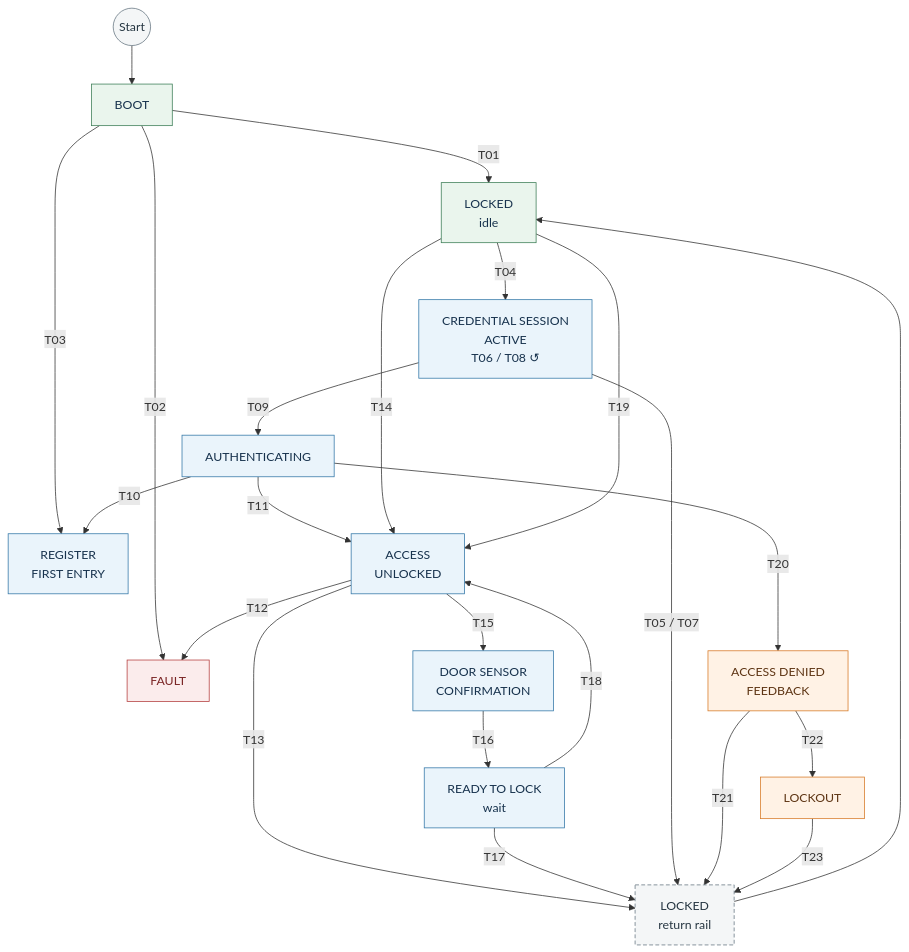
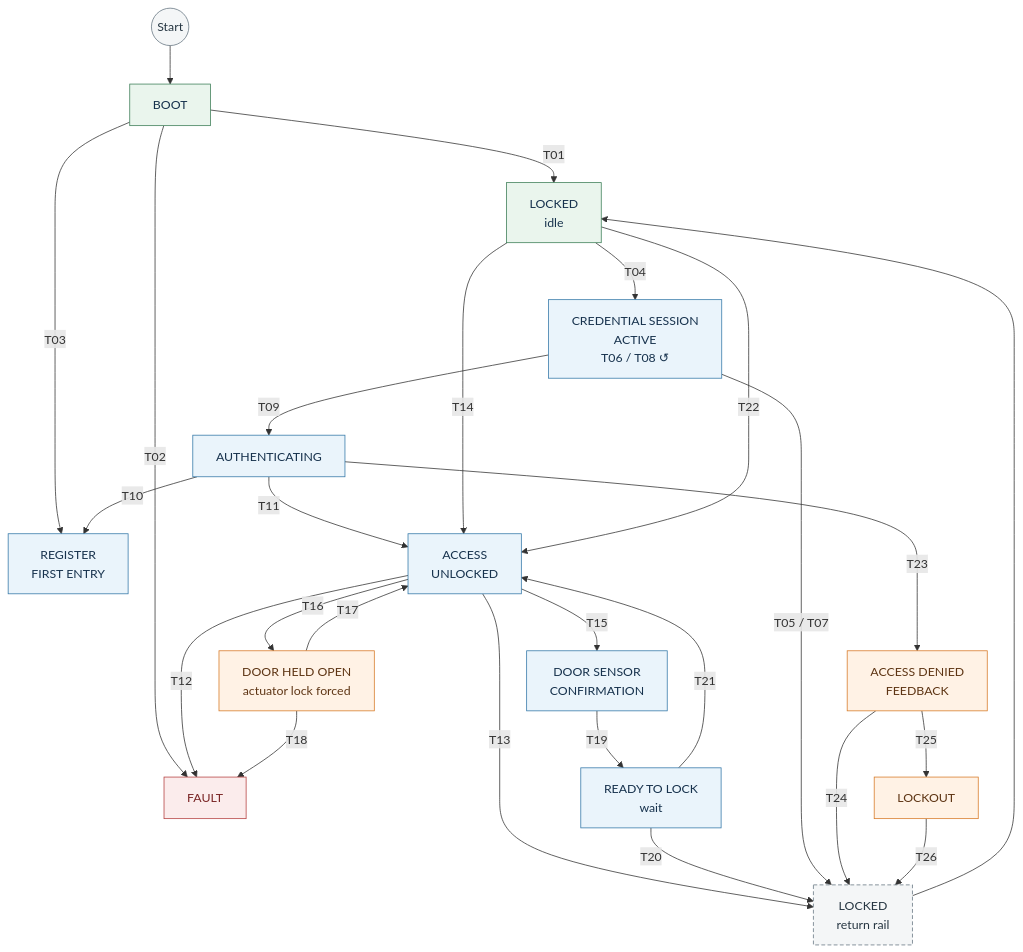
The second of 8 diagrams in Libs/Services/Lock_Control/README.md (JP-REY/STM32F103C8T6-Based-Electronic-Lock), drawn with Mermaid before and after one commit. The commit also changed other lines of this file and 2 other files, not shown here.

First line of the commit message:
feature(lock-control): add door-held-open recovery flow

````diff
--- a/Libs/Services/Lock_Control/README.md
+++ b/Libs/Services/Lock_Control/README.md
@@ -507,51 +524,55 @@
 ```mermaid
 flowchart TB
     START((Start)) --> BOOT["BOOT"]
 
     BOOT -->|T01| LOCKED["LOCKED<br/>idle"]
     BOOT -->|T02| FAULT["FAULT"]
     BOOT -->|T03| FIRST["REGISTER<br/>FIRST ENTRY"]
 
     LOCKED -->|T04| ENTRY["CREDENTIAL SESSION<br/>ACTIVE<br/>T06 / T08 ↺"]
     ENTRY -->|T09| AUTH["AUTHENTICATING"]
 
     AUTH -->|T10| FIRST
     AUTH -->|T11| ACCESS["ACCESS<br/>UNLOCKED"]
 
     LOCKED -->|T14| ACCESS
 
     ACCESS -->|T15| CONFIRM["DOOR SENSOR<br/>CONFIRMATION"]
+    ACCESS -->|T16| HELD["DOOR HELD OPEN<br/>actuator lock forced"]
     ACCESS -->|T12| FAULT
     ACCESS -->|T13| RETURN["LOCKED<br/>return rail"]
 
-    CONFIRM -->|T16| READY["READY TO LOCK<br/>wait"]
+    HELD -->|T17| ACCESS
+    HELD -->|T18| FAULT
 
-    READY -->|T17| RETURN
-    READY -->|T18| ACCESS
+    CONFIRM -->|T19| READY["READY TO LOCK<br/>wait"]
 
-    LOCKED -->|T19| ACCESS
+    READY -->|T20| RETURN
+    READY -->|T21| ACCESS
 
-    AUTH -->|T20| DENIED["ACCESS DENIED<br/>FEEDBACK"]
+    LOCKED -->|T22| ACCESS
+
+    AUTH -->|T23| DENIED["ACCESS DENIED<br/>FEEDBACK"]
 
     ENTRY -->|"T05 / T07"| RETURN
 
-    DENIED -->|T21| RETURN
-    DENIED -->|T22| LOCKOUT["LOCKOUT"]
-    LOCKOUT -->|T23| RETURN
+    DENIED -->|T24| RETURN
+    DENIED -->|T25| LOCKOUT["LOCKOUT"]
+    LOCKOUT -->|T26| RETURN
 
     RETURN --> LOCKED
 
     classDef initial fill:#f4f6f7,stroke:#667681,color:#263642
     classDef secure fill:#eaf5ed,stroke:#3d7e57,color:#17324d
     classDef active fill:#eaf4fb,stroke:#3478a8,color:#17324d
     classDef denied fill:#fff2e5,stroke:#d77a27,color:#5e3514
     classDef connector fill:#f4f6f7,stroke:#667681,color:#263642,stroke-dasharray: 5 3
     classDef fault fill:#fbecec,stroke:#b54040,color:#7a2525
 
     class START initial
     class BOOT,LOCKED secure
     class ENTRY,AUTH,ACCESS,CONFIRM,READY,FIRST active
-    class DENIED,LOCKOUT denied
+    class HELD,DENIED,LOCKOUT denied
     class RETURN connector
     class FAULT fault
 ```
````
